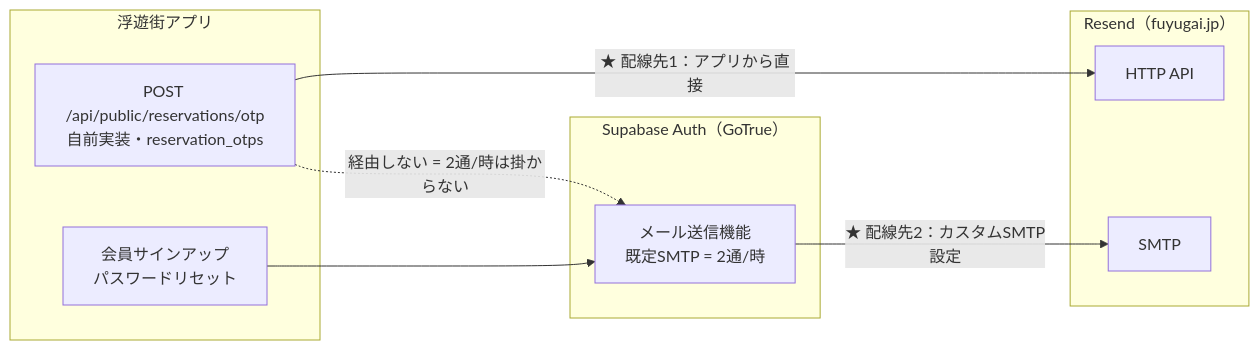
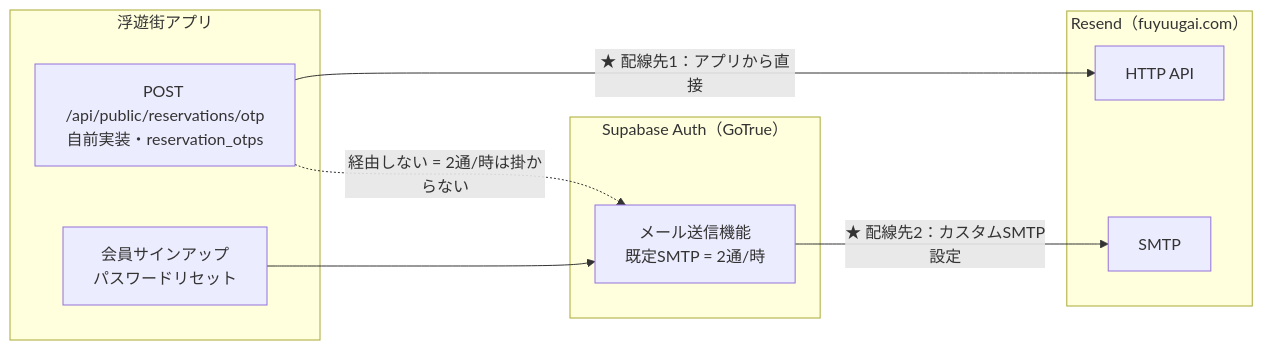
The fourth of 11 diagrams in docs/spec/basic-design/infra/システムアーキテクチャ.md (KoshiNakano1017/Fuyu), drawn with Mermaid before and after one commit. The commit also changed other lines of this file and 28 other files, not shown here.

````diff
--- a/docs/spec/basic-design/infra/システムアーキテクチャ.md
+++ b/docs/spec/basic-design/infra/システムアーキテクチャ.md
@@ -618,18 +618,18 @@
 ```mermaid
 graph LR
     subgraph App["浮遊街アプリ"]
         R1["POST /api/public/reservations/otp<br/>自前実装・reservation_otps"]
         R2["会員サインアップ<br/>パスワードリセット"]
     end
     subgraph Auth["Supabase Auth（GoTrue）"]
         A1["メール送信機能<br/>既定SMTP = 2通/時"]
     end
-    subgraph Mail["Resend（fuyugai.jp）"]
+    subgraph Mail["Resend（fuyuugai.com）"]
         M1["HTTP API"]
         M2["SMTP"]
     end
     R1 -->|"★ 配線先1：アプリから直接"| M1
     R2 --> A1
     A1 -->|"★ 配線先2：カスタムSMTP設定"| M2
     R1 -. "経由しない = 2通/時は掛からない" .-> A1
 ```
````
